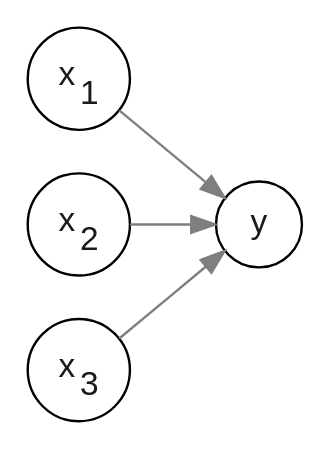
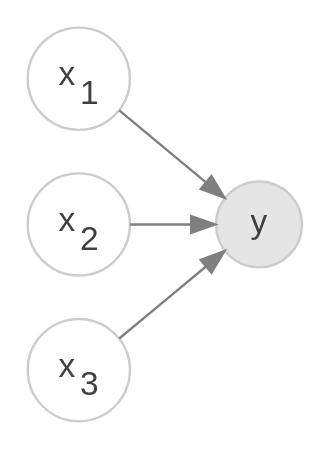
One commit to m-clark/sem changed the diagram in scripts/SLiM.gv. Above: the diagram before and after it, drawn with Graphviz. The commit also changed 14 other files, not shown here.

Commit message:
Graphs updated through gm section

```diff
--- a/scripts/SLiM.gv
+++ b/scripts/SLiM.gv
@@ -1,15 +1,15 @@
 digraph DAG {
 
 graph [rankdir = LR ]
 
-node [shape = circle, fontcolor=gray10]
+node [shape = circle, fontcolor=gray25 color=gray80]
 
 node [fontname="Helvetica"]
 x1 [label=<x<sub>1</sub>>]; x2 [label=<x<sub>2</sub>>]; x3 [label=<x<sub>3</sub>>]; 
 
-node [fillcolor=gray90]
+node [fillcolor=gray90 style=filled]
 y;
 
-edge [color=gray50]
+edge [color=gray50 style=filled]
 x1 -> y; x2 -> y; x3 -> y;
 }
```
